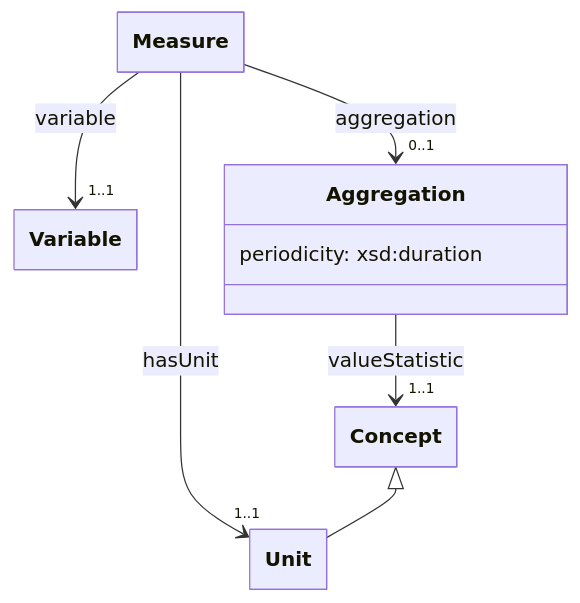
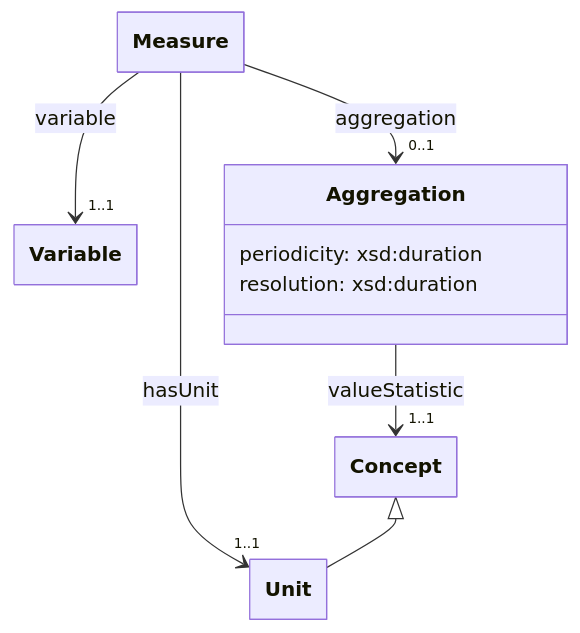
One commit to NERC-CEH/fdri-ontology changed the fourth of 4 diagrams in ontology/doc/variables.md. Above: the diagram before and after it, drawn with Mermaid. The commit also changed other lines of this file and 5 other files, not shown here.

````diff
--- a/ontology/doc/variables.md
+++ b/ontology/doc/variables.md
@@ -103,20 +103,21 @@
 ```mermaid
 ---
 config:
     class:
         hideEmptyMembersBox: true
 ---
 classDiagram
 class Measure
 class Variable
 class Aggregation {
     periodicity: xsd:duration
+    resolution: xsd:duration
 }
 class Unit
 class Concept
 Measure --> "1..1" Variable: variable
 Measure --> "1..1" Unit: hasUnit
 Measure --> "0..1" Aggregation: aggregation
 Aggregation --> "1..1" Concept: valueStatistic
 Concept <|-- Unit
 ```
````
